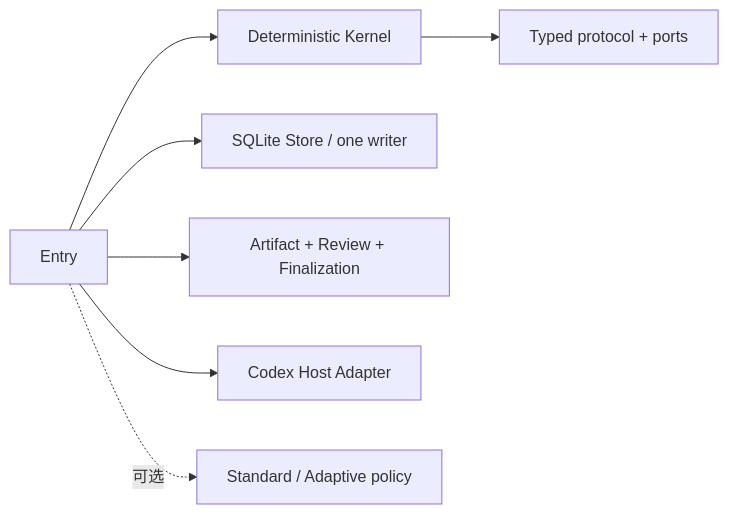
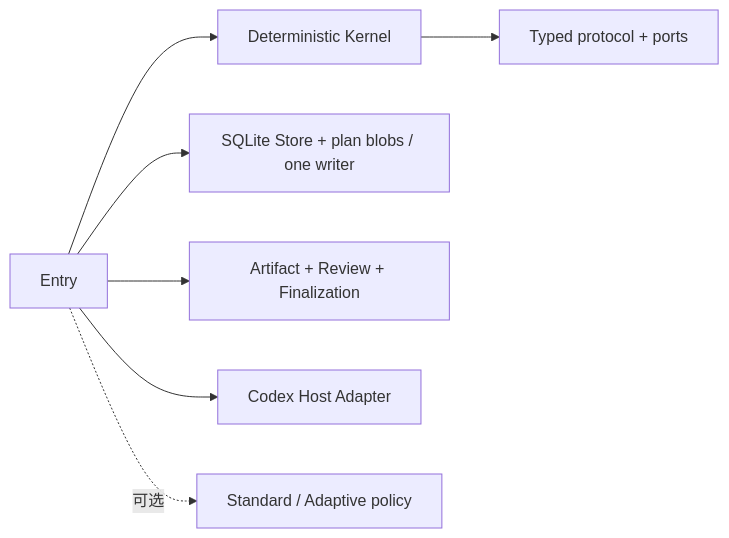
The second of 2 diagrams in README.md (amanayayatu-tech/loop-skill), drawn with Mermaid before and after one commit. The commit also changed other lines of this file and 60 other files, not shown here.

````diff
--- a/README.md
+++ b/README.md
@@ -170,9 +163,9 @@
 ```mermaid
 flowchart LR
     E["Entry"] --> K["Deterministic Kernel"]
     K --> P["Typed protocol + ports"]
-    E --> S["SQLite Store / one writer"]
+    E --> S["SQLite Store + plan blobs / one writer"]
     E --> A["Artifact + Review + Finalization"]
     E --> H["Codex Host Adapter"]
     E -. 可选 .-> O["Standard / Adaptive policy"]
 ```
````
